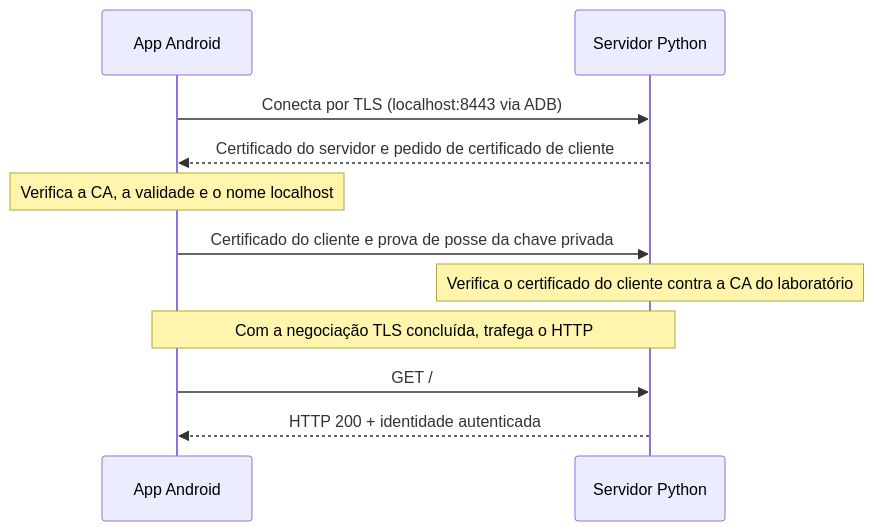
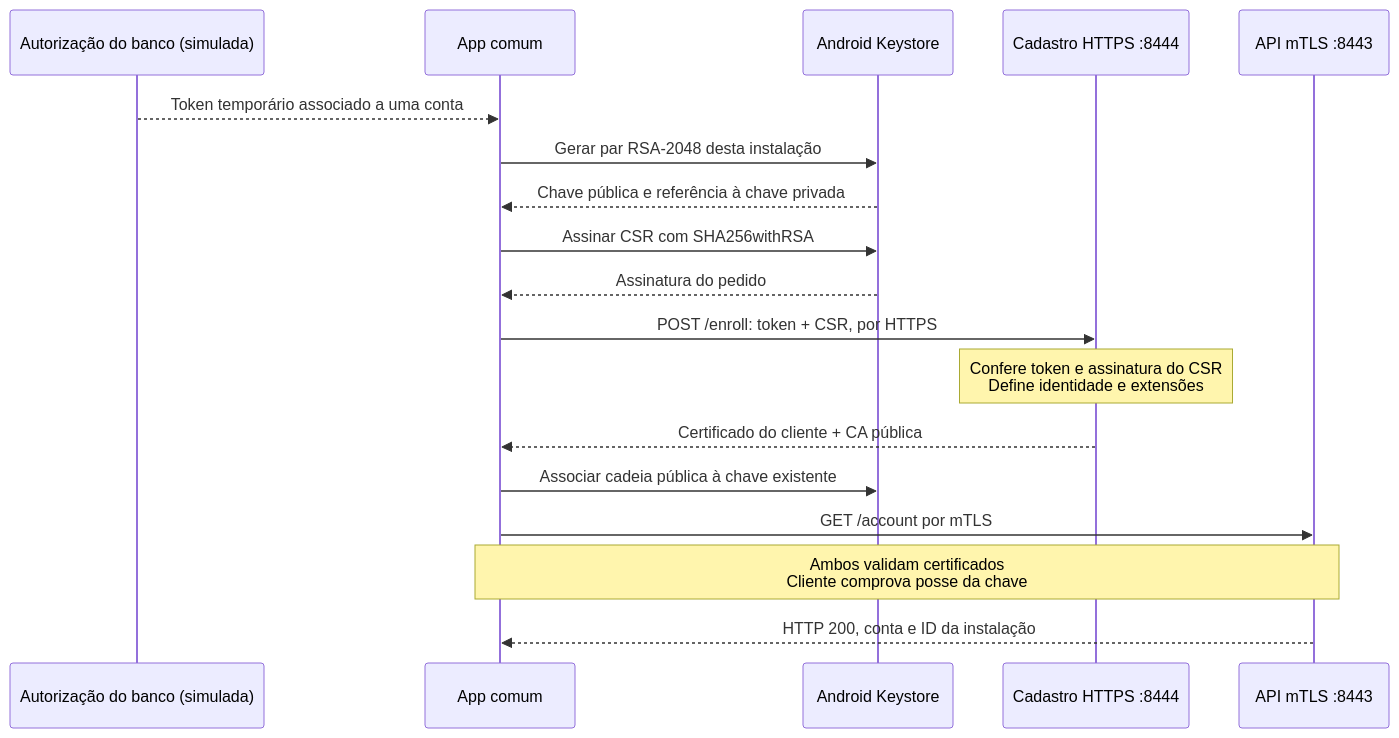
Before and after one commit to lucasribolli/android-mtls-lab: the diagram in README.md, drawn with Mermaid. The commit also changed other lines of this file and 12 other files, not shown here.

Commit message:
generate private key in Android app (client)

````diff
--- a/README.md
+++ b/README.md
@@ -37,13 +41,20 @@
 ```mermaid
 sequenceDiagram
-    participant A as App Android
-    participant S as Servidor Python
-    A->>S: Conecta por TLS (localhost:8443 via ADB)
-    S-->>A: Certificado do servidor e pedido de certificado de cliente
-    Note over A: Verifica a CA, a validade e o nome localhost
-    A->>S: Certificado do cliente e prova de posse da chave privada
-    Note over S: Verifica o certificado do cliente contra a CA do laboratório
-    Note over A,S: Com a negociação TLS concluída, trafega o HTTP
-    A->>S: GET /
-    S-->>A: HTTP 200 + identidade autenticada
+    participant U as Autorização do banco (simulada)
+    participant A as App comum
+    participant K as Android Keystore
+    participant E as Cadastro HTTPS :8444
+    participant S as API mTLS :8443
+    U-->>A: Token temporário associado a uma conta
+    A->>K: Gerar par RSA-2048 desta instalação
+    K-->>A: Chave pública e referência à chave privada
+    A->>K: Assinar CSR com SHA256withRSA
+    K-->>A: Assinatura do pedido
+    A->>E: POST /enroll: token + CSR, por HTTPS
+    Note over E: Confere token e assinatura do CSR<br/>Define identidade e extensões
+    E-->>A: Certificado do cliente + CA pública
+    A->>K: Associar cadeia pública à chave existente
+    A->>S: GET /account por mTLS
+    Note over A,S: Ambos validam certificados<br/>Cliente comprova posse da chave
+    S-->>A: HTTP 200, conta e ID da instalação
 ```
````
